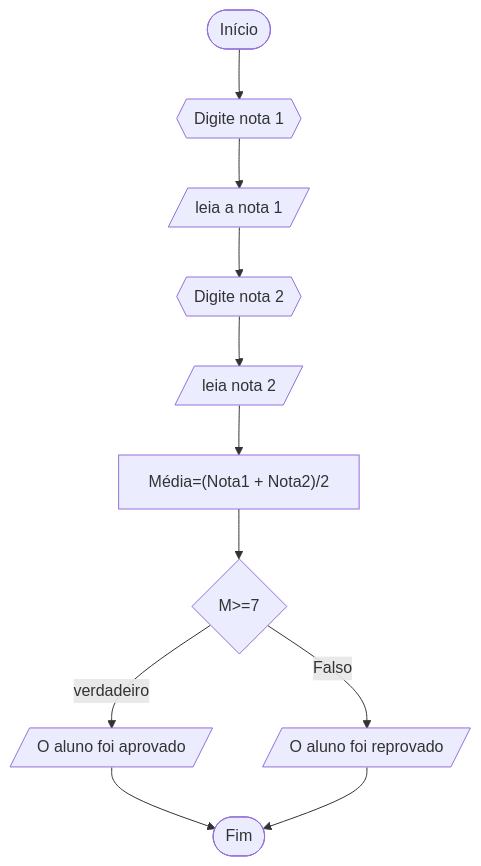
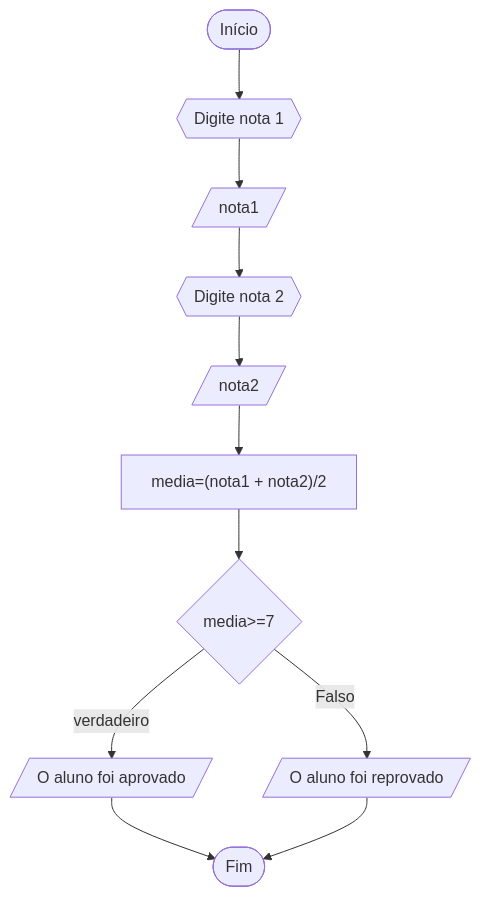
Before and after one commit to IsyCirino/unifor: the first of 4 diagrams in RLA/unidade1/lista1.md, drawn with Mermaid. The commit also changed other lines of this file, not shown here.

````diff
--- a/RLA/unidade1/lista1.md
+++ b/RLA/unidade1/lista1.md
@@ -9,13 +9,13 @@
 ``` mermaid
 flowchart TD
 A([Início])-->B{{Digite nota 1}}
-B--> C[/leia a nota 1/]
+B--> C[/nota1/]
 C--> D{{Digite nota 2}}
-D--> E[/leia nota 2/]
-E--> F["Média=(Nota1 + Nota2)/2"]
-F--> G{M>=7}
+D--> E[/nota2/]
+E--> F["media=(nota1 + nota2)/2"]
+F--> G{media>=7}
 G-->|verdadeiro|H[/O aluno foi aprovado/]
 G-->|Falso|I[/O aluno foi reprovado/]
 H--> J([Fim])
 I--> J
 ```
````
